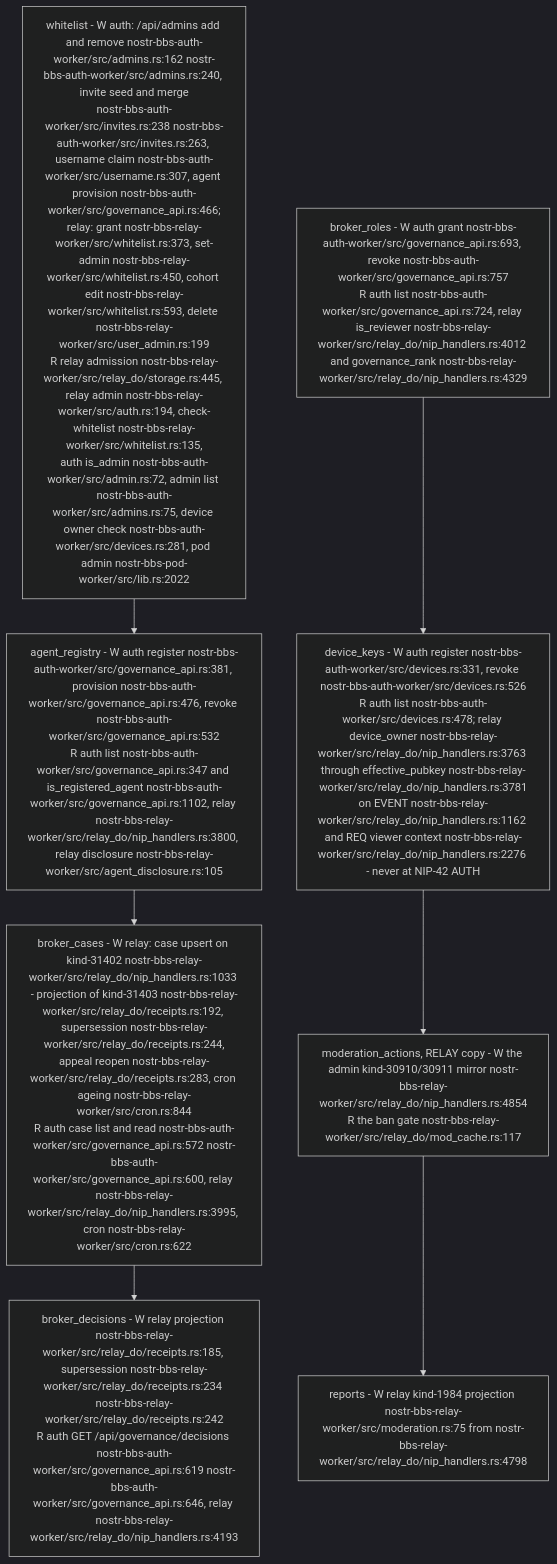
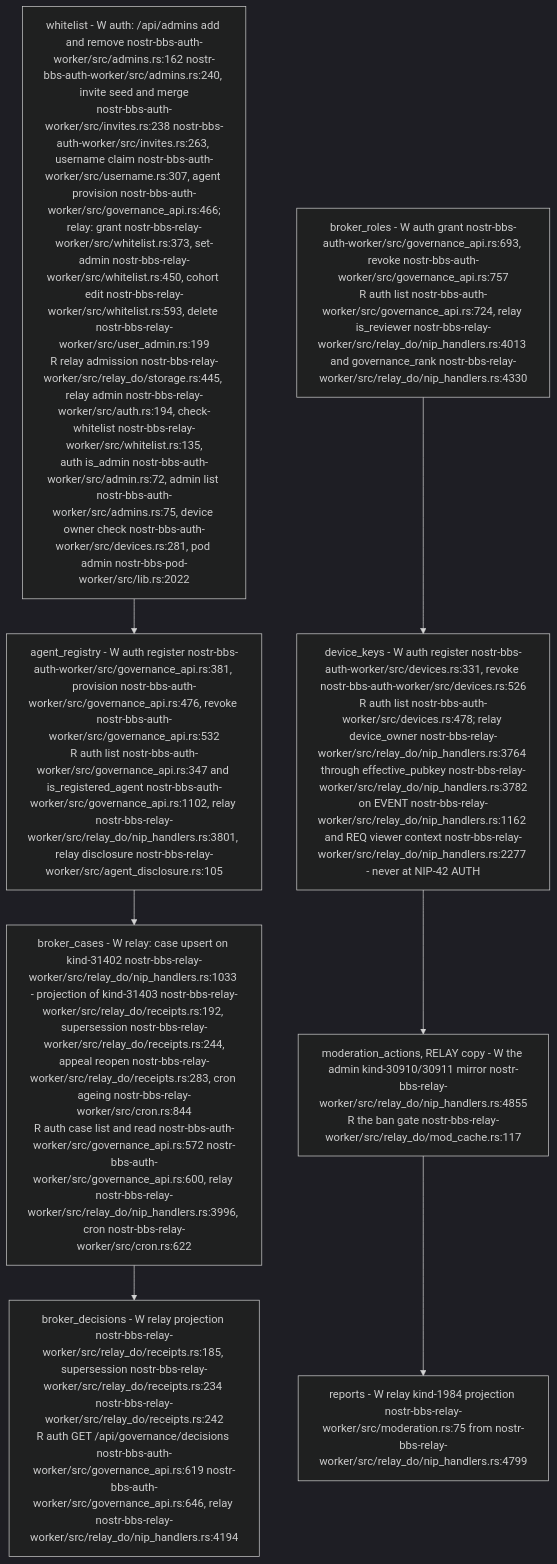
Before and after one commit to DreamLab-AI/VisionFlow: diagram 12 of 15 in docs/diagrams/nostr-rust-forum/08-config-zones-stores-and-admin-authority.md, drawn with Mermaid (dark theme). The commit also changed other lines of this file and 18 other files, not shown here.

First line of the commit message:
docs(diagrams): freeze panels for fixed defects and add successors at the fix revisions

````diff
--- a/docs/diagrams/nostr-rust-forum/08-config-zones-stores-and-admin-authority.md
+++ b/docs/diagrams/nostr-rust-forum/08-config-zones-stores-and-admin-authority.md
@@ -450,13 +453,13 @@
 ```mermaid
 flowchart TB
     WL["whitelist - W auth: /api/admins add and remove nostr-bbs-auth-worker/src/admins.rs:162 nostr-bbs-auth-worker/src/admins.rs:240, invite seed and merge<br/>nostr-bbs-auth-worker/src/invites.rs:238 nostr-bbs-auth-worker/src/invites.rs:263, username claim nostr-bbs-auth-worker/src/username.rs:307, agent provision nostr-bbs-auth-worker/src/governance_api.rs:466;<br/>relay: grant nostr-bbs-relay-worker/src/whitelist.rs:373, set-admin nostr-bbs-relay-worker/src/whitelist.rs:450, cohort edit nostr-bbs-relay-worker/src/whitelist.rs:593, delete nostr-bbs-relay-worker/src/user_admin.rs:199<br/>R relay admission nostr-bbs-relay-worker/src/relay_do/storage.rs:445, relay admin nostr-bbs-relay-worker/src/auth.rs:194, check-whitelist nostr-bbs-relay-worker/src/whitelist.rs:135,<br/>auth is_admin nostr-bbs-auth-worker/src/admin.rs:72, admin list nostr-bbs-auth-worker/src/admins.rs:75, device owner check nostr-bbs-auth-worker/src/devices.rs:281, pod admin nostr-bbs-pod-worker/src/lib.rs:2022"]
-    AR["agent_registry - W auth register nostr-bbs-auth-worker/src/governance_api.rs:381, provision nostr-bbs-auth-worker/src/governance_api.rs:476, revoke nostr-bbs-auth-worker/src/governance_api.rs:532<br/>R auth list nostr-bbs-auth-worker/src/governance_api.rs:347 and is_registered_agent nostr-bbs-auth-worker/src/governance_api.rs:1102, relay nostr-bbs-relay-worker/src/relay_do/nip_handlers.rs:3800, relay disclosure nostr-bbs-relay-worker/src/agent_disclosure.rs:105"]
-    BC["broker_cases - W relay: case upsert on kind-31402 nostr-bbs-relay-worker/src/relay_do/nip_handlers.rs:1033 - projection of kind-31403 nostr-bbs-relay-worker/src/relay_do/receipts.rs:192, supersession nostr-bbs-relay-worker/src/relay_do/receipts.rs:244,<br/>appeal reopen nostr-bbs-relay-worker/src/relay_do/receipts.rs:283, cron ageing nostr-bbs-relay-worker/src/cron.rs:844<br/>R auth case list and read nostr-bbs-auth-worker/src/governance_api.rs:572 nostr-bbs-auth-worker/src/governance_api.rs:600, relay nostr-bbs-relay-worker/src/relay_do/nip_handlers.rs:3995, cron nostr-bbs-relay-worker/src/cron.rs:622"]
-    BD["broker_decisions - W relay projection nostr-bbs-relay-worker/src/relay_do/receipts.rs:185, supersession nostr-bbs-relay-worker/src/relay_do/receipts.rs:234 nostr-bbs-relay-worker/src/relay_do/receipts.rs:242<br/>R auth GET /api/governance/decisions nostr-bbs-auth-worker/src/governance_api.rs:619 nostr-bbs-auth-worker/src/governance_api.rs:646, relay nostr-bbs-relay-worker/src/relay_do/nip_handlers.rs:4193"]
-    BR["broker_roles - W auth grant nostr-bbs-auth-worker/src/governance_api.rs:693, revoke nostr-bbs-auth-worker/src/governance_api.rs:757<br/>R auth list nostr-bbs-auth-worker/src/governance_api.rs:724, relay is_reviewer nostr-bbs-relay-worker/src/relay_do/nip_handlers.rs:4012 and governance_rank nostr-bbs-relay-worker/src/relay_do/nip_handlers.rs:4329"]
-    DK["device_keys - W auth register nostr-bbs-auth-worker/src/devices.rs:331, revoke nostr-bbs-auth-worker/src/devices.rs:526<br/>R auth list nostr-bbs-auth-worker/src/devices.rs:478; relay device_owner nostr-bbs-relay-worker/src/relay_do/nip_handlers.rs:3763 through effective_pubkey nostr-bbs-relay-worker/src/relay_do/nip_handlers.rs:3781<br/>on EVENT nostr-bbs-relay-worker/src/relay_do/nip_handlers.rs:1162 and REQ viewer context nostr-bbs-relay-worker/src/relay_do/nip_handlers.rs:2276 - never at NIP-42 AUTH"]
-    MA["moderation_actions, RELAY copy - W the admin kind-30910/30911 mirror nostr-bbs-relay-worker/src/relay_do/nip_handlers.rs:4854<br/>R the ban gate nostr-bbs-relay-worker/src/relay_do/mod_cache.rs:117"]
-    RP["reports - W relay kind-1984 projection nostr-bbs-relay-worker/src/moderation.rs:75 from nostr-bbs-relay-worker/src/relay_do/nip_handlers.rs:4798"]
+    AR["agent_registry - W auth register nostr-bbs-auth-worker/src/governance_api.rs:381, provision nostr-bbs-auth-worker/src/governance_api.rs:476, revoke nostr-bbs-auth-worker/src/governance_api.rs:532<br/>R auth list nostr-bbs-auth-worker/src/governance_api.rs:347 and is_registered_agent nostr-bbs-auth-worker/src/governance_api.rs:1102, relay nostr-bbs-relay-worker/src/relay_do/nip_handlers.rs:3801, relay disclosure nostr-bbs-relay-worker/src/agent_disclosure.rs:105"]
+    BC["broker_cases - W relay: case upsert on kind-31402 nostr-bbs-relay-worker/src/relay_do/nip_handlers.rs:1033 - projection of kind-31403 nostr-bbs-relay-worker/src/relay_do/receipts.rs:192, supersession nostr-bbs-relay-worker/src/relay_do/receipts.rs:244,<br/>appeal reopen nostr-bbs-relay-worker/src/relay_do/receipts.rs:283, cron ageing nostr-bbs-relay-worker/src/cron.rs:844<br/>R auth case list and read nostr-bbs-auth-worker/src/governance_api.rs:572 nostr-bbs-auth-worker/src/governance_api.rs:600, relay nostr-bbs-relay-worker/src/relay_do/nip_handlers.rs:3996, cron nostr-bbs-relay-worker/src/cron.rs:622"]
+    BD["broker_decisions - W relay projection nostr-bbs-relay-worker/src/relay_do/receipts.rs:185, supersession nostr-bbs-relay-worker/src/relay_do/receipts.rs:234 nostr-bbs-relay-worker/src/relay_do/receipts.rs:242<br/>R auth GET /api/governance/decisions nostr-bbs-auth-worker/src/governance_api.rs:619 nostr-bbs-auth-worker/src/governance_api.rs:646, relay nostr-bbs-relay-worker/src/relay_do/nip_handlers.rs:4194"]
+    BR["broker_roles - W auth grant nostr-bbs-auth-worker/src/governance_api.rs:693, revoke nostr-bbs-auth-worker/src/governance_api.rs:757<br/>R auth list nostr-bbs-auth-worker/src/governance_api.rs:724, relay is_reviewer nostr-bbs-relay-worker/src/relay_do/nip_handlers.rs:4013 and governance_rank nostr-bbs-relay-worker/src/relay_do/nip_handlers.rs:4330"]
+    DK["device_keys - W auth register nostr-bbs-auth-worker/src/devices.rs:331, revoke nostr-bbs-auth-worker/src/devices.rs:526<br/>R auth list nostr-bbs-auth-worker/src/devices.rs:478; relay device_owner nostr-bbs-relay-worker/src/relay_do/nip_handlers.rs:3764 through effective_pubkey nostr-bbs-relay-worker/src/relay_do/nip_handlers.rs:3782<br/>on EVENT nostr-bbs-relay-worker/src/relay_do/nip_handlers.rs:1162 and REQ viewer context nostr-bbs-relay-worker/src/relay_do/nip_handlers.rs:2277 - never at NIP-42 AUTH"]
+    MA["moderation_actions, RELAY copy - W the admin kind-30910/30911 mirror nostr-bbs-relay-worker/src/relay_do/nip_handlers.rs:4855<br/>R the ban gate nostr-bbs-relay-worker/src/relay_do/mod_cache.rs:117"]
+    RP["reports - W relay kind-1984 projection nostr-bbs-relay-worker/src/moderation.rs:75 from nostr-bbs-relay-worker/src/relay_do/nip_handlers.rs:4799"]
     WL --> AR --> BC --> BD
     BR --> DK --> MA --> RP
 ```
````
